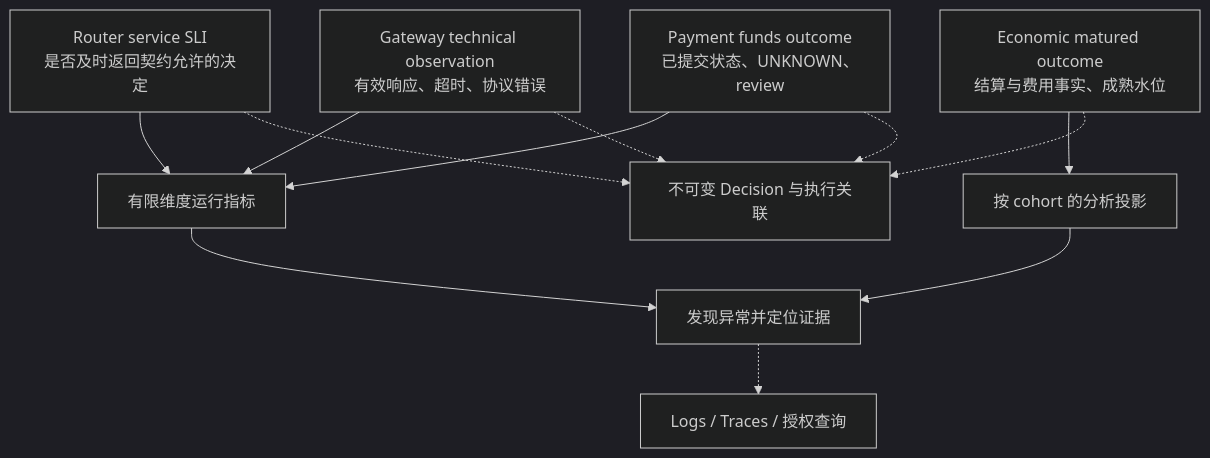
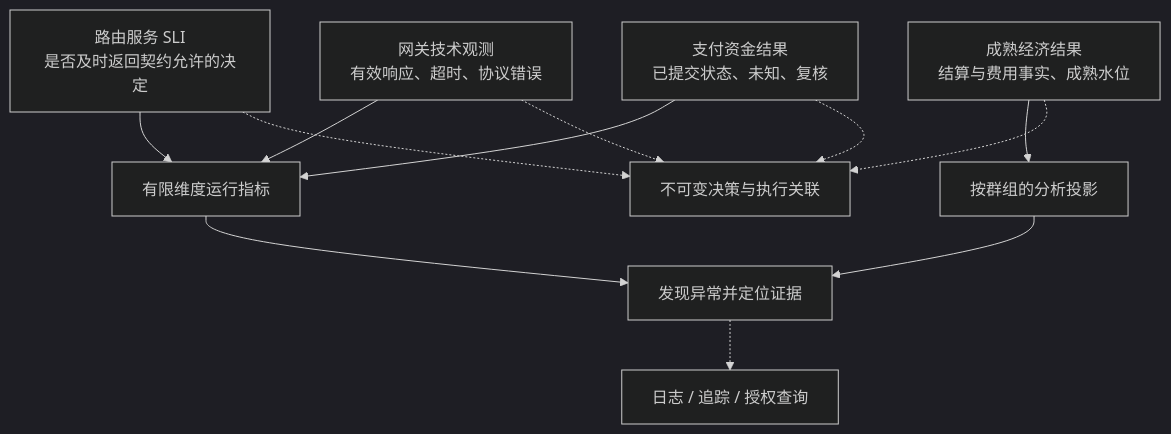
Before and after one commit to YouEclipse/Designing-Modern-Payment-Systems: the first of 4 diagrams in part-4-operating-at-scale/observability.md, drawn with Mermaid (dark theme). The commit also changed other lines of this file and 59 other files, not shown here.

````diff
--- a/part-4-operating-at-scale/observability.md
+++ b/part-4-operating-at-scale/observability.md
@@ -40,14 +40,14 @@
 ```mermaid
 flowchart TB
-    R["Router service SLI<br/>是否及时返回契约允许的决定"] --> M["有限维度运行指标"]
-    G["Gateway technical observation<br/>有效响应、超时、协议错误"] --> M
-    P["Payment funds outcome<br/>已提交状态、UNKNOWN、review"] --> M
-    E["Economic matured outcome<br/>结算与费用事实、成熟水位"] --> A["按 cohort 的分析投影"]
-    R -.-> D["不可变 Decision 与执行关联"]
+    R["路由服务 SLI<br/>是否及时返回契约允许的决定"] --> M["有限维度运行指标"]
+    G["网关技术观测<br/>有效响应、超时、协议错误"] --> M
+    P["支付资金结果<br/>已提交状态、未知、复核"] --> M
+    E["成熟经济结果<br/>结算与费用事实、成熟水位"] --> A["按群组的分析投影"]
+    R -.-> D["不可变决策与执行关联"]
     G -.-> D
     P -.-> D
     E -.-> D
     M --> Q["发现异常并定位证据"]
     A --> Q
-    Q -.-> L["Logs / Traces / 授权查询"]
+    Q -.-> L["日志 / 追踪 / 授权查询"]
 ```
````
